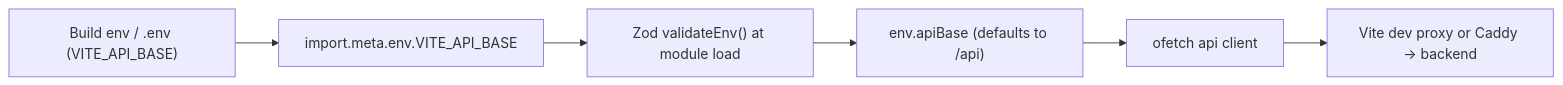
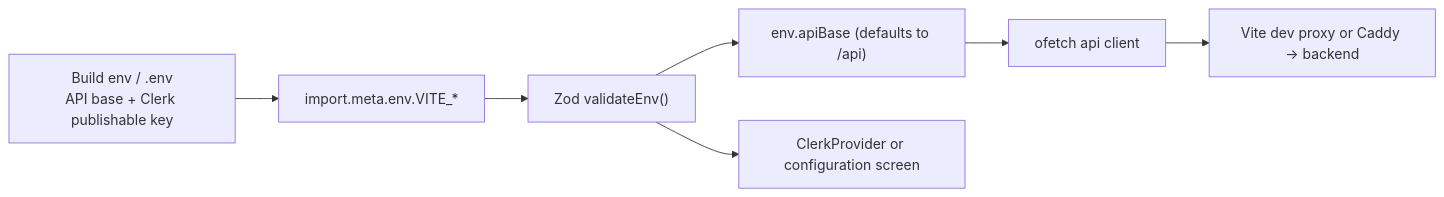
Before and after one commit to johnakisk0700/slopform: the diagram in docs/frontend.md, drawn with Mermaid. The commit also changed other lines of this file and 158 other files, not shown here.

````diff
--- a/docs/frontend.md
+++ b/docs/frontend.md
@@ -152,8 +160,9 @@
 ```mermaid
 flowchart LR
-  build["Build env / .env (VITE_API_BASE)"] --> expose["import.meta.env.VITE_API_BASE"]
-  expose --> zod["Zod validateEnv() at module load"]
+  build["Build env / .env\nAPI base + Clerk publishable key"] --> expose["import.meta.env.VITE_*"]
+  expose --> zod["Zod validateEnv()"]
   zod --> base["env.apiBase (defaults to /api)"]
+  zod --> clerk["ClerkProvider or configuration screen"]
   base --> client["ofetch api client"]
   client --> proxy["Vite dev proxy or Caddy → backend"]
 ```
````
